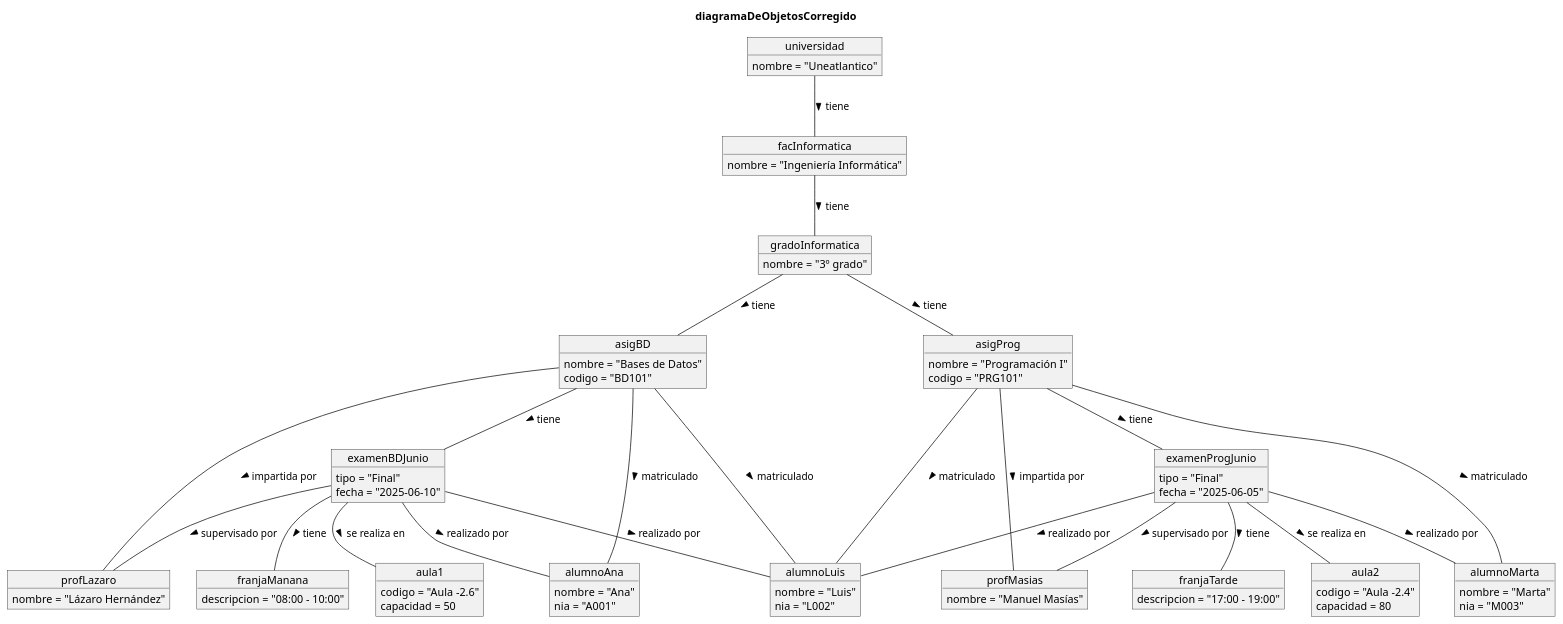
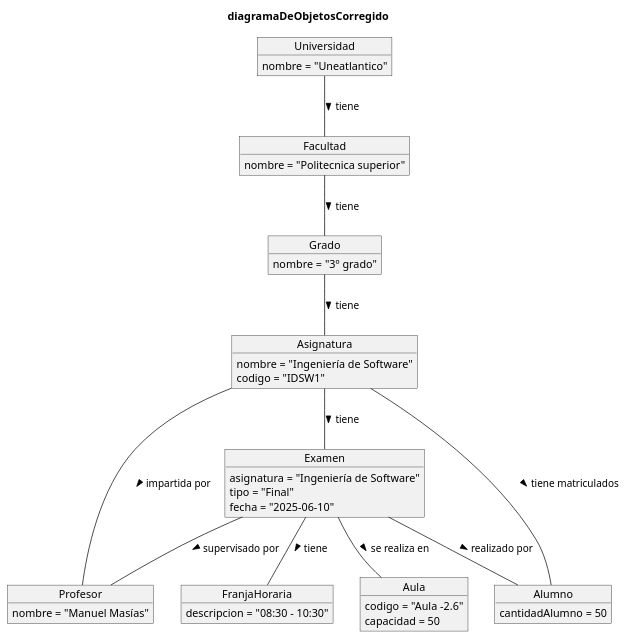
One commit to Alejandrojuarez0105/25-26-IdSw1-SdR changed the diagram in modelosUML/digramaObjetosCorregido.puml. Above: the diagram before and after it, drawn with PlantUML.

Commit message:
commit diagramas de objetos corregido 2

```diff
--- a/modelosUML/digramaObjetosCorregido.puml
+++ b/modelosUML/digramaObjetosCorregido.puml
@@ -1,108 +1,63 @@
 @startuml
 title diagramaDeObjetosCorregido
 
-object universidad {
+object Universidad {
   nombre = "Uneatlantico"
 }
 
-object facInformatica {
-  nombre = "Ingeniería Informática"
+object Facultad {
+  nombre = "Politecnica superior"
 }
 
-object gradoInformatica {
+object Grado {
   nombre = "3º grado"
 }
 
-object asigBD {
-  nombre = "Bases de Datos"
-  codigo = "BD101"
+object Asignatura {
+  nombre = "Ingeniería de Software"
+  codigo = "IDSW1"
 }
 
-object asigProg {
-  nombre = "Programación I"
-  codigo = "PRG101"
-}
-
-object examenBDJunio {
+object Examen{
+    asignatura = "Ingeniería de Software"
   tipo = "Final"
   fecha = "2025-06-10"
 }
 
-object examenProgJunio {
-  tipo = "Final"
-  fecha = "2025-06-05"
-}
 
-object profLazaro {
-  nombre = "Lázaro Hernández"
-}
-
-object profMasias {
+object Profesor {
   nombre = "Manuel Masías"
 }
 
-object franjaManana {
-  descripcion = "08:00 - 10:00"
+object FranjaHoraria{
+  descripcion = "08:30 - 10:30"
 }
 
-object franjaTarde {
-  descripcion = "17:00 - 19:00"
-}
 
-object aula1 {
+object Aula {
   codigo = "Aula -2.6"
   capacidad = 50
 }
 
-object aula2 {
-  codigo = "Aula -2.4"
-  capacidad = 80
+
+object Alumno {
+    cantidadAlumno = 50
 }
 
-object alumnoAna {
-  nombre = "Ana"
-  nia = "A001"
-}
 
-object alumnoLuis {
-  nombre = "Luis"
-  nia = "L002"
-}
+Universidad -- Facultad : tiene >
+Facultad -- Grado : tiene >
+Grado-- Asignatura : tiene >
 
-object alumnoMarta {
-  nombre = "Marta"
-  nia = "M003"
-}
+Asignatura -- Examen: tiene >
 
-universidad -- facInformatica : tiene >
-facInformatica -- gradoInformatica : tiene >
-gradoInformatica -- asigBD : tiene >
-gradoInformatica -- asigProg : tiene >
+Asignatura -- Profesor : impartida por >
+Asignatura -- Alumno : tiene matriculados >
 
-asigBD -- examenBDJunio : tiene >
-asigProg -- examenProgJunio : tiene >
+Examen -- FranjaHoraria : tiene >
+Examen -- Aula : se realiza en >
+Examen -- Profesor : supervisado por >
+Examen -- Alumno : realizado por >
 
 
-asigBD -- profLazaro : impartida por >
-asigProg -- profMasias : impartida por >
-
-
-asigBD -- alumnoAna : matriculado >
-asigBD -- alumnoLuis : matriculado >
-asigProg -- alumnoLuis : matriculado >
-asigProg -- alumnoMarta : matriculado >
-
-
-examenBDJunio -- franjaManana : tiene >
-examenBDJunio -- aula1 : se realiza en >
-examenBDJunio -- profLazaro : supervisado por >
-examenBDJunio -- alumnoAna : realizado por >
-examenBDJunio -- alumnoLuis : realizado por >
-
-examenProgJunio -- franjaTarde : tiene >
-examenProgJunio -- aula2 : se realiza en >
-examenProgJunio -- profMasias : supervisado por >
-examenProgJunio -- alumnoLuis : realizado por >
-examenProgJunio -- alumnoMarta : realizado por >
-
 @enduml
```
